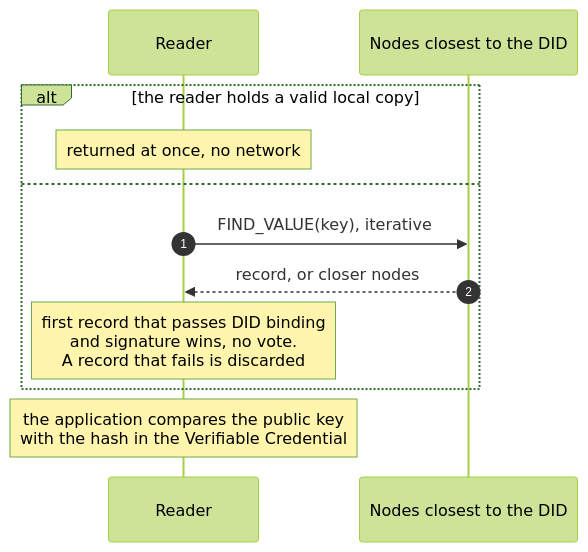
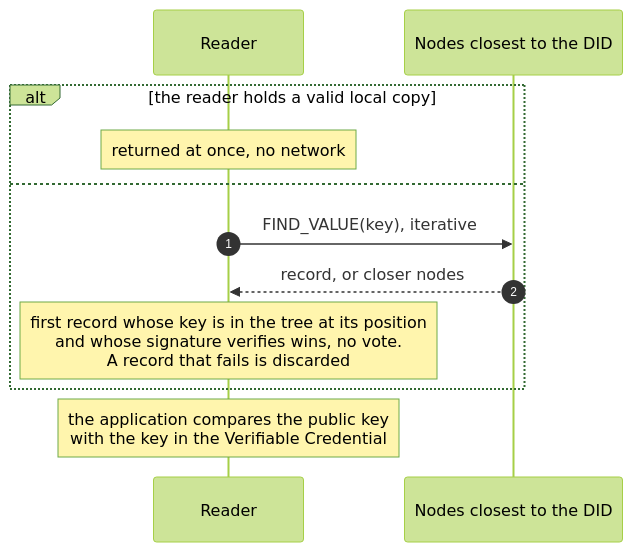
Before and after one commit to fratrung/auth-kademlia-rs: the diagram in docs/design/get.mmd, drawn with Mermaid (forest theme). The commit also changed 28 other files, not shown here.

```diff
--- a/docs/design/get.mmd
+++ b/docs/design/get.mmd
@@ -1,12 +1,12 @@
 sequenceDiagram
     autonumber
     participant V as Reader
     participant N as Nodes closest to the DID
     alt the reader holds a valid local copy
         Note over V: returned at once, no network
     else
         V->>N: FIND_VALUE(key), iterative
         N-->>V: record, or closer nodes
-        Note over V: first record that passes DID binding<br/>and signature wins, no vote.<br/>A record that fails is discarded
+        Note over V: first record whose key is in the tree at its position<br/>and whose signature verifies wins, no vote.<br/>A record that fails is discarded
     end
-    Note over V: the application compares the public key<br/>with the hash in the Verifiable Credential
+    Note over V: the application compares the public key<br/>with the key in the Verifiable Credential
```
